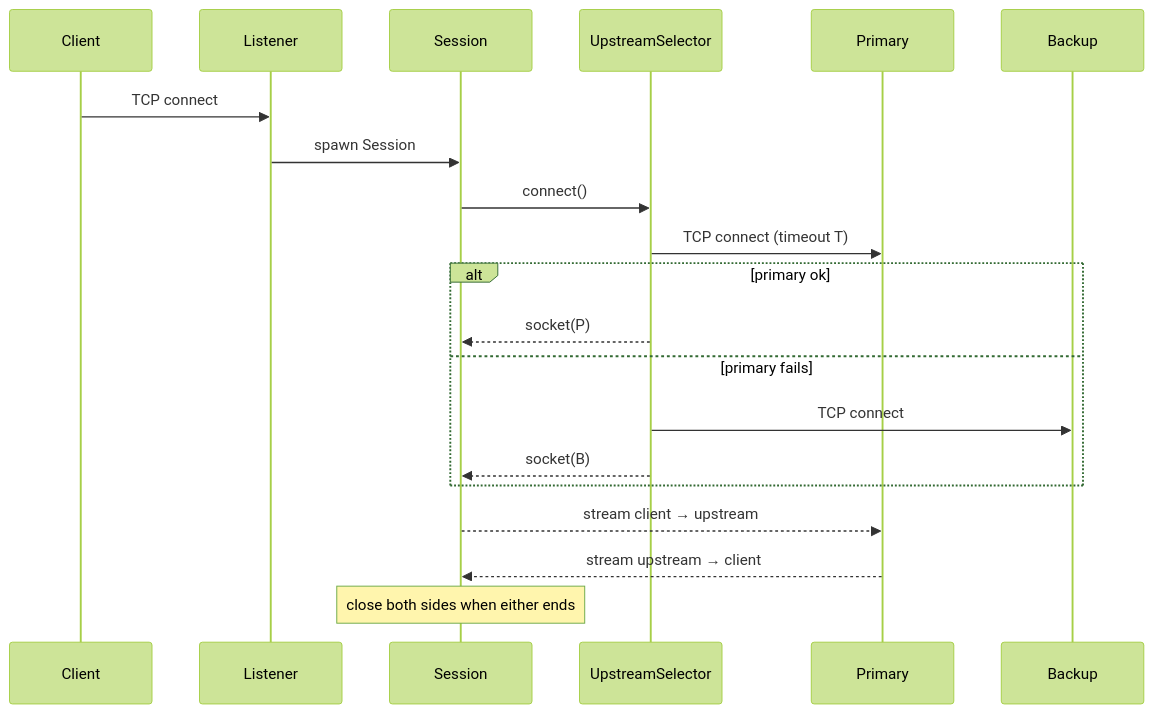
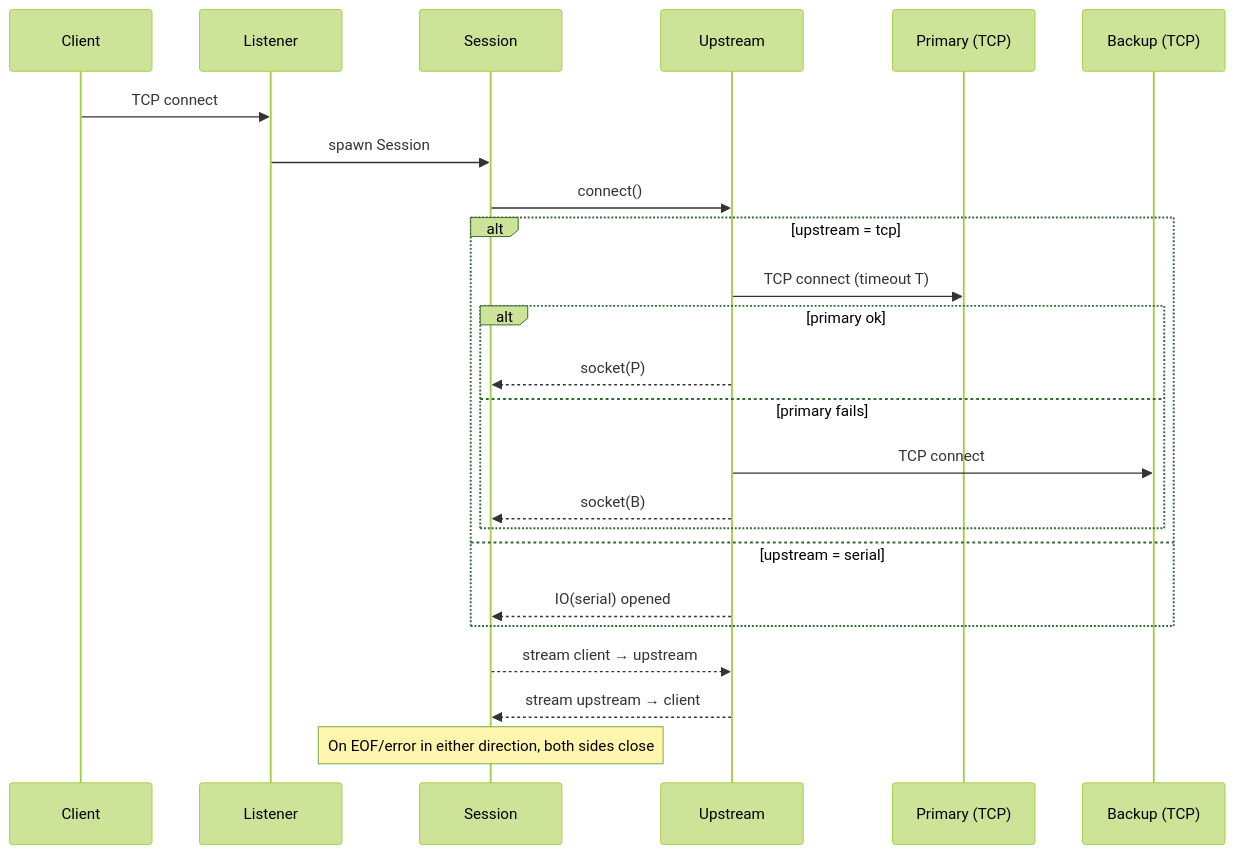
Before and after one commit to chrisblunt-codes/offgridmail-forwarder: the third of 4 diagrams in design/ARCHITECTURE.md, drawn with Mermaid (forest theme). The commit also changed other lines of this file, not shown here.

Commit message:
docs(design): update architecture for serial support

````diff
--- a/design/ARCHITECTURE.md
+++ b/design/ARCHITECTURE.md
@@ -24,24 +58,30 @@
 ```mermaid
 sequenceDiagram
   participant C as Client
   participant L as Listener
   participant S as Session
-  participant U as UpstreamSelector
-  participant P as Primary
-  participant B as Backup
+  participant U as Upstream
+  participant P as Primary (TCP)
+  participant B as Backup (TCP)
 
   C->>L: TCP connect
   L->>S: spawn Session
   S->>U: connect()
-  U->>P: TCP connect (timeout T)
-  alt primary ok
-    U-->>S: socket(P)
-  else primary fails
-    U->>B: TCP connect
-    U-->>S: socket(B)
+
+  alt upstream = tcp
+    U->>P: TCP connect (timeout T)
+    alt primary ok
+      U-->>S: socket(P)
+    else primary fails
+      U->>B: TCP connect
+      U-->>S: socket(B)
+    end
+  else upstream = serial
+    U-->>S: IO(serial) opened
   end
 
-  S-->>P: stream client → upstream
-  P-->>S: stream upstream → client
-  note over S: close both sides when either ends
+  S-->>U: stream client → upstream
+  U-->>S: stream upstream → client
+
+  note over S: On EOF/error in either direction, both sides close
 ```
````
